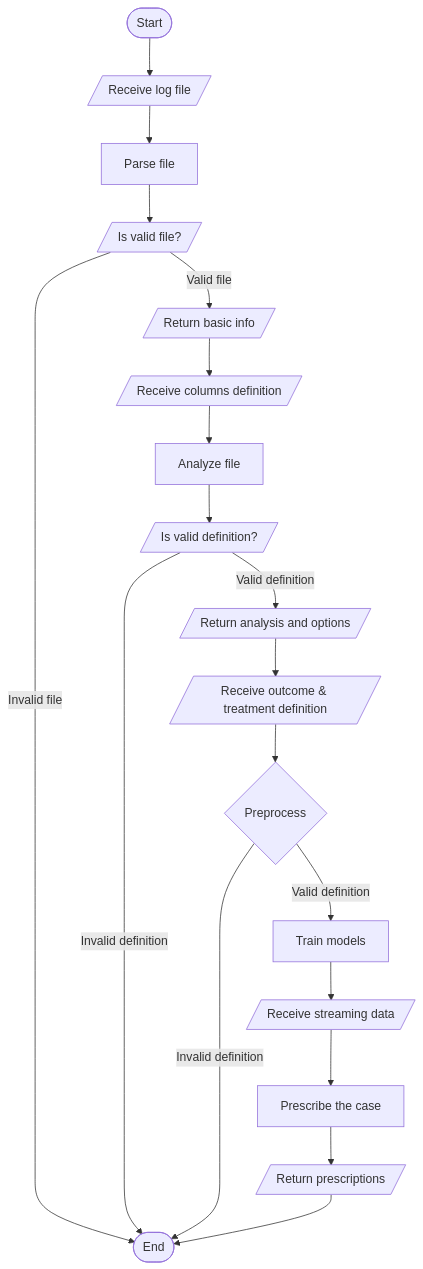
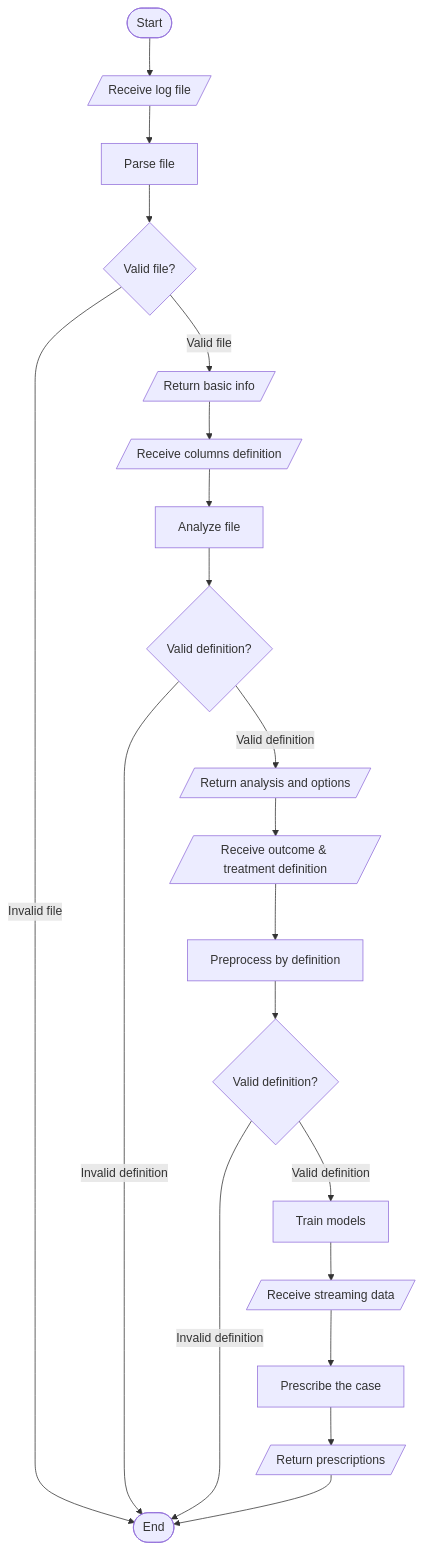
The diagram in content/workflow/_index.md (prcore/docs), drawn with Mermaid before and after one commit. The commit also changed other lines of this file, not shown here.

Commit message:
Site updated T 21 veebr 2023 20:19:57 EET ...

```diff
--- a/content/workflow/_index.md
+++ b/content/workflow/_index.md
@@ -8,21 +10,22 @@
 {{< mermaid class="text-center" >}}
 graph TB
     Start([Start]) --> Upload[/Receive log file/]
     Upload --> Parse[Parse file]
-    Parse --> IsValidFile[/Is valid file?/]
+    Parse --> IsValidFile{Valid file?}
     IsValidFile --> |Valid file| Brief[/Return basic info/]
     IsValidFile --> |Invalid file| End([End])
     Brief --> ColumnsDefintion[/Receive columns definition/]
     ColumnsDefintion --> Analyze[Analyze file]
-    Analyze --> IsValidColumnsDefinition[/Is valid definition?/]
+    Analyze --> IsValidColumnsDefinition{Valid definition?}
     IsValidColumnsDefinition --> |Valid definition| AnalyzeResult[/Return analysis and options/]
     IsValidColumnsDefinition --> |Invalid definition| End
     AnalyzeResult --> ProjectDefintion[/Receive outcome & treatment definition/]
-    ProjectDefintion --> Preprocess{Preprocess}
-    Preprocess --> |Valid definition| Train[Train models]
-    Preprocess --> |Invalid definition| End
+    ProjectDefintion --> Preprocess[Preprocess by definition]
+    Preprocess --> IsValidProjectDefinition{Valid definition?}
+    IsValidProjectDefinition --> |Valid definition| Train[Train models]
+    IsValidProjectDefinition --> |Invalid definition| End
     Train --> Streaming[/Receive streaming data/]
     Streaming --> Prescribe[Prescribe the case]
     Prescribe --> Result[/Return prescriptions/]
     Result --> End
 {{< /mermaid >}}
```
